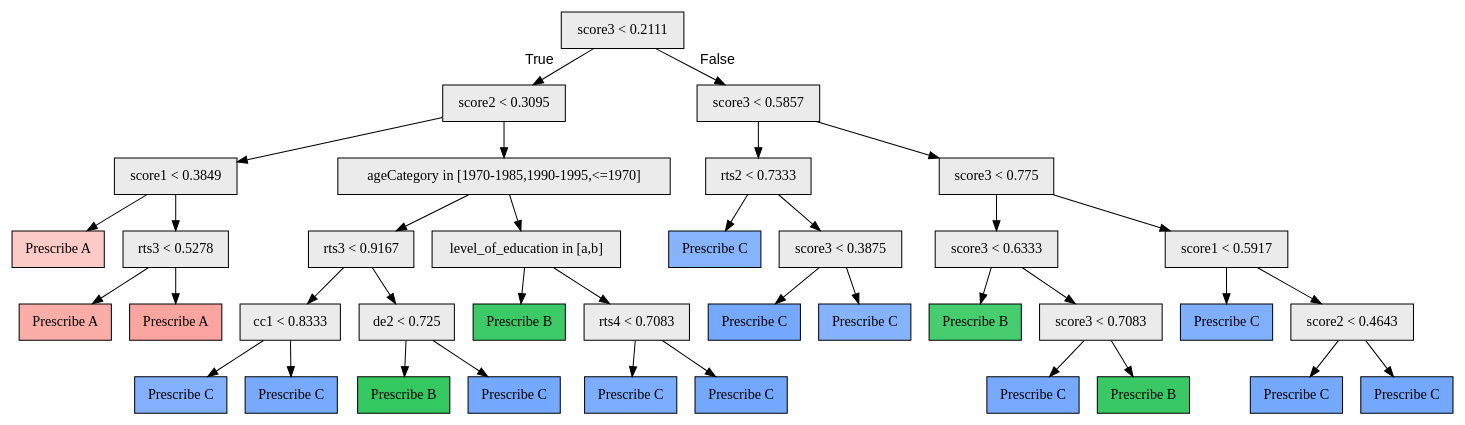
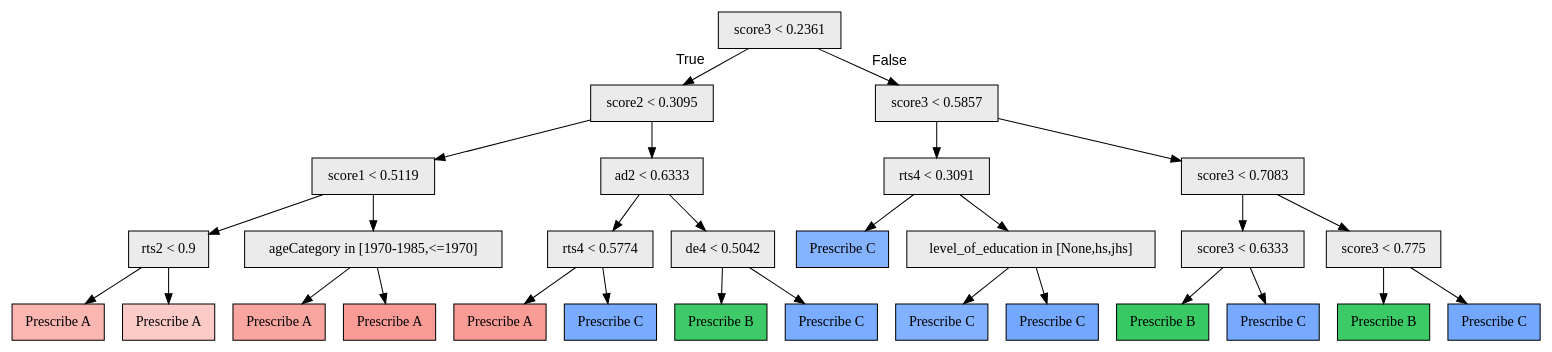
The diagram in python/model/2/dfe/pytree.dot (galitLukin/PersonalizedLearning), drawn with Graphviz before and after one commit. The commit also changed 15 other files, not shown here.

```diff
--- a/python/model/2/dfe/pytree.dot
+++ b/python/model/2/dfe/pytree.dot
@@ -1,75 +1,59 @@
 digraph "G" {
-1 [fillcolor="#EBEBEB", fontname="bold arial", label="score3 &lt; 0.2111", shape=box, style="filled"];
+1 [fillcolor="#EBEBEB", fontname="bold arial", label="score3 &lt; 0.2361", shape=box, style="filled"];
 2 [fillcolor="#EBEBEB", fontname="bold arial", label="score2 &lt; 0.3095", shape=box, style="filled"];
-3 [fillcolor="#EBEBEB", fontname="bold arial", label="score1 &lt; 0.3849", shape=box, style="filled"];
-4 [color=black, fillcolor="#F8766D60", fontname="bold arial", label="Prescribe A", shape=box, style="filled"];
-5 [fillcolor="#EBEBEB", fontname="bold arial", label="rts3 &lt; 0.5278", shape=box, style="filled"];
-6 [color=black, fillcolor="#F8766D98", fontname="bold arial", label="Prescribe A", shape=box, style="filled"];
-7 [color=black, fillcolor="#F8766Da7", fontname="bold arial", label="Prescribe A", shape=box, style="filled"];
-8 [fillcolor="#EBEBEB", fontname="bold arial", label="ageCategory in [1970-1985,1990-1995,&lt;=1970]", shape=box, style="filled"];
-9 [fillcolor="#EBEBEB", fontname="bold arial", label="rts3 &lt; 0.9167", shape=box, style="filled"];
-10 [fillcolor="#EBEBEB", fontname="bold arial", label="cc1 &lt; 0.8333", shape=box, style="filled"];
-11 [color=black, fillcolor="#619CFFc8", fontname="bold arial", label="Prescribe C", shape=box, style="filled"];
-12 [color=black, fillcolor="#619CFFda", fontname="bold arial", label="Prescribe C", shape=box, style="filled"];
-13 [fillcolor="#EBEBEB", fontname="bold arial", label="de2 &lt; 0.725", shape=box, style="filled"];
-14 [color=black, fillcolor="#00BA38cb", fontname="bold arial", label="Prescribe B", shape=box, style="filled"];
-15 [color=black, fillcolor="#619CFFde", fontname="bold arial", label="Prescribe C", shape=box, style="filled"];
-16 [fillcolor="#EBEBEB", fontname="bold arial", label="level_of_education in [a,b]", shape=box, style="filled"];
-17 [color=black, fillcolor="#00BA38c3", fontname="bold arial", label="Prescribe B", shape=box, style="filled"];
-18 [fillcolor="#EBEBEB", fontname="bold arial", label="rts4 &lt; 0.7083", shape=box, style="filled"];
-19 [color=black, fillcolor="#619CFFd2", fontname="bold arial", label="Prescribe C", shape=box, style="filled"];
-20 [color=black, fillcolor="#619CFFdf", fontname="bold arial", label="Prescribe C", shape=box, style="filled"];
-21 [fillcolor="#EBEBEB", fontname="bold arial", label="score3 &lt; 0.5857", shape=box, style="filled"];
-22 [fillcolor="#EBEBEB", fontname="bold arial", label="rts2 &lt; 0.7333", shape=box, style="filled"];
-23 [color=black, fillcolor="#619CFFc1", fontname="bold arial", label="Prescribe C", shape=box, style="filled"];
-24 [fillcolor="#EBEBEB", fontname="bold arial", label="score3 &lt; 0.3875", shape=box, style="filled"];
-25 [color=black, fillcolor="#619CFFde", fontname="bold arial", label="Prescribe C", shape=box, style="filled"];
-26 [color=black, fillcolor="#619CFFc3", fontname="bold arial", label="Prescribe C", shape=box, style="filled"];
+3 [fillcolor="#EBEBEB", fontname="bold arial", label="score1 &lt; 0.5119", shape=box, style="filled"];
+4 [fillcolor="#EBEBEB", fontname="bold arial", label="rts2 &lt; 0.9", shape=box, style="filled"];
+5 [color=black, fillcolor="#F8766D87", fontname="bold arial", label="Prescribe A", shape=box, style="filled"];
+6 [color=black, fillcolor="#F8766D60", fontname="bold arial", label="Prescribe A", shape=box, style="filled"];
+7 [fillcolor="#EBEBEB", fontname="bold arial", label="ageCategory in [1970-1985,&lt;=1970]", shape=box, style="filled"];
+8 [color=black, fillcolor="#F8766Da5", fontname="bold arial", label="Prescribe A", shape=box, style="filled"];
+9 [color=black, fillcolor="#F8766Db9", fontname="bold arial", label="Prescribe A", shape=box, style="filled"];
+10 [fillcolor="#EBEBEB", fontname="bold arial", label="ad2 &lt; 0.6333", shape=box, style="filled"];
+11 [fillcolor="#EBEBEB", fontname="bold arial", label="rts4 &lt; 0.5774", shape=box, style="filled"];
+12 [color=black, fillcolor="#F8766Db7", fontname="bold arial", label="Prescribe A", shape=box, style="filled"];
+13 [color=black, fillcolor="#619CFFd8", fontname="bold arial", label="Prescribe C", shape=box, style="filled"];
+14 [fillcolor="#EBEBEB", fontname="bold arial", label="de4 &lt; 0.5042", shape=box, style="filled"];
+15 [color=black, fillcolor="#00BA38c1", fontname="bold arial", label="Prescribe B", shape=box, style="filled"];
+16 [color=black, fillcolor="#619CFFd6", fontname="bold arial", label="Prescribe C", shape=box, style="filled"];
+17 [fillcolor="#EBEBEB", fontname="bold arial", label="score3 &lt; 0.5857", shape=box, style="filled"];
+18 [fillcolor="#EBEBEB", fontname="bold arial", label="rts4 &lt; 0.3091", shape=box, style="filled"];
+19 [color=black, fillcolor="#619CFFc2", fontname="bold arial", label="Prescribe C", shape=box, style="filled"];
+20 [fillcolor="#EBEBEB", fontname="bold arial", label="level_of_education in [None,hs,jhs]", shape=box, style="filled"];
+21 [color=black, fillcolor="#619CFFc9", fontname="bold arial", label="Prescribe C", shape=box, style="filled"];
+22 [color=black, fillcolor="#619CFFdf", fontname="bold arial", label="Prescribe C", shape=box, style="filled"];
+23 [fillcolor="#EBEBEB", fontname="bold arial", label="score3 &lt; 0.7083", shape=box, style="filled"];
+24 [fillcolor="#EBEBEB", fontname="bold arial", label="score3 &lt; 0.6333", shape=box, style="filled"];
+25 [color=black, fillcolor="#00BA38c6", fontname="bold arial", label="Prescribe B", shape=box, style="filled"];
+26 [color=black, fillcolor="#619CFFdd", fontname="bold arial", label="Prescribe C", shape=box, style="filled"];
 27 [fillcolor="#EBEBEB", fontname="bold arial", label="score3 &lt; 0.775", shape=box, style="filled"];
-28 [fillcolor="#EBEBEB", fontname="bold arial", label="score3 &lt; 0.6333", shape=box, style="filled"];
-29 [color=black, fillcolor="#00BA38b9", fontname="bold arial", label="Prescribe B", shape=box, style="filled"];
-30 [fillcolor="#EBEBEB", fontname="bold arial", label="score3 &lt; 0.7083", shape=box, style="filled"];
-31 [color=black, fillcolor="#619CFFdc", fontname="bold arial", label="Prescribe C", shape=box, style="filled"];
-32 [color=black, fillcolor="#00BA38c6", fontname="bold arial", label="Prescribe B", shape=box, style="filled"];
-33 [fillcolor="#EBEBEB", fontname="bold arial", label="score1 &lt; 0.5917", shape=box, style="filled"];
-34 [color=black, fillcolor="#619CFFcd", fontname="bold arial", label="Prescribe C", shape=box, style="filled"];
-35 [fillcolor="#EBEBEB", fontname="bold arial", label="score2 &lt; 0.4643", shape=box, style="filled"];
-36 [color=black, fillcolor="#619CFFde", fontname="bold arial", label="Prescribe C", shape=box, style="filled"];
-37 [color=black, fillcolor="#619CFFdf", fontname="bold arial", label="Prescribe C", shape=box, style="filled"];
+28 [color=black, fillcolor="#00BA38c3", fontname="bold arial", label="Prescribe B", shape=box, style="filled"];
+29 [color=black, fillcolor="#619CFFdf", fontname="bold arial", label="Prescribe C", shape=box, style="filled"];
 1 -> 2  [fontname="arial", headlabel="True", key=0, labelangle=45, labeldistance="2.5"];
-1 -> 21  [fontname="arial", headlabel="False", key=0, labelangle="-45", labeldistance="2.5"];
+1 -> 17  [fontname="arial", headlabel="False", key=0, labelangle="-45", labeldistance="2.5"];
 2 -> 3  [key=0];
-2 -> 8  [key=0];
+2 -> 10  [key=0];
 3 -> 4  [key=0];
-3 -> 5  [key=0];
-5 -> 6  [key=0];
-5 -> 7  [key=0];
-8 -> 9  [key=0];
-8 -> 16  [key=0];
-9 -> 10  [key=0];
-9 -> 13  [key=0];
+3 -> 7  [key=0];
+4 -> 5  [key=0];
+4 -> 6  [key=0];
+7 -> 8  [key=0];
+7 -> 9  [key=0];
 10 -> 11  [key=0];
-10 -> 12  [key=0];
-13 -> 14  [key=0];
-13 -> 15  [key=0];
-16 -> 17  [key=0];
-16 -> 18  [key=0];
+10 -> 14  [key=0];
+11 -> 12  [key=0];
+11 -> 13  [key=0];
+14 -> 15  [key=0];
+14 -> 16  [key=0];
+17 -> 18  [key=0];
+17 -> 23  [key=0];
 18 -> 19  [key=0];
 18 -> 20  [key=0];
-21 -> 22  [key=0];
-21 -> 27  [key=0];
-22 -> 23  [key=0];
-22 -> 24  [key=0];
+20 -> 21  [key=0];
+20 -> 22  [key=0];
+23 -> 24  [key=0];
+23 -> 27  [key=0];
 24 -> 25  [key=0];
 24 -> 26  [key=0];
 27 -> 28  [key=0];
-27 -> 33  [key=0];
-28 -> 29  [key=0];
-28 -> 30  [key=0];
-30 -> 31  [key=0];
-30 -> 32  [key=0];
-33 -> 34  [key=0];
-33 -> 35  [key=0];
-35 -> 36  [key=0];
-35 -> 37  [key=0];
+27 -> 29  [key=0];
 }
```
